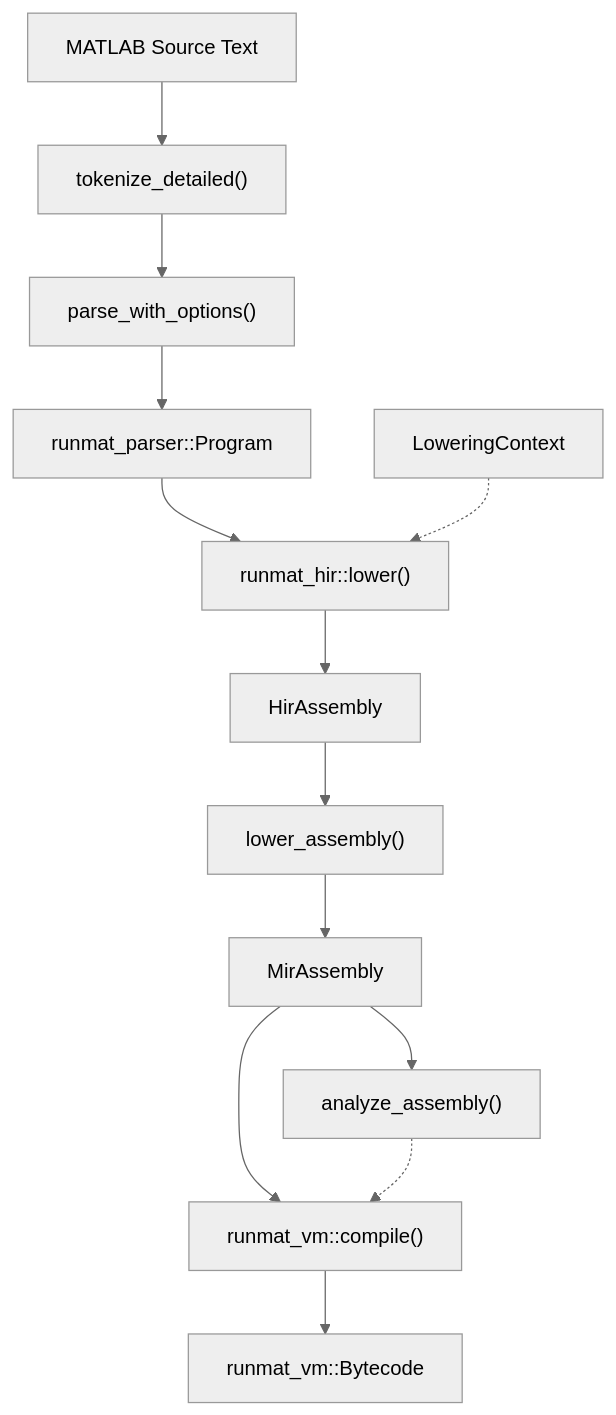
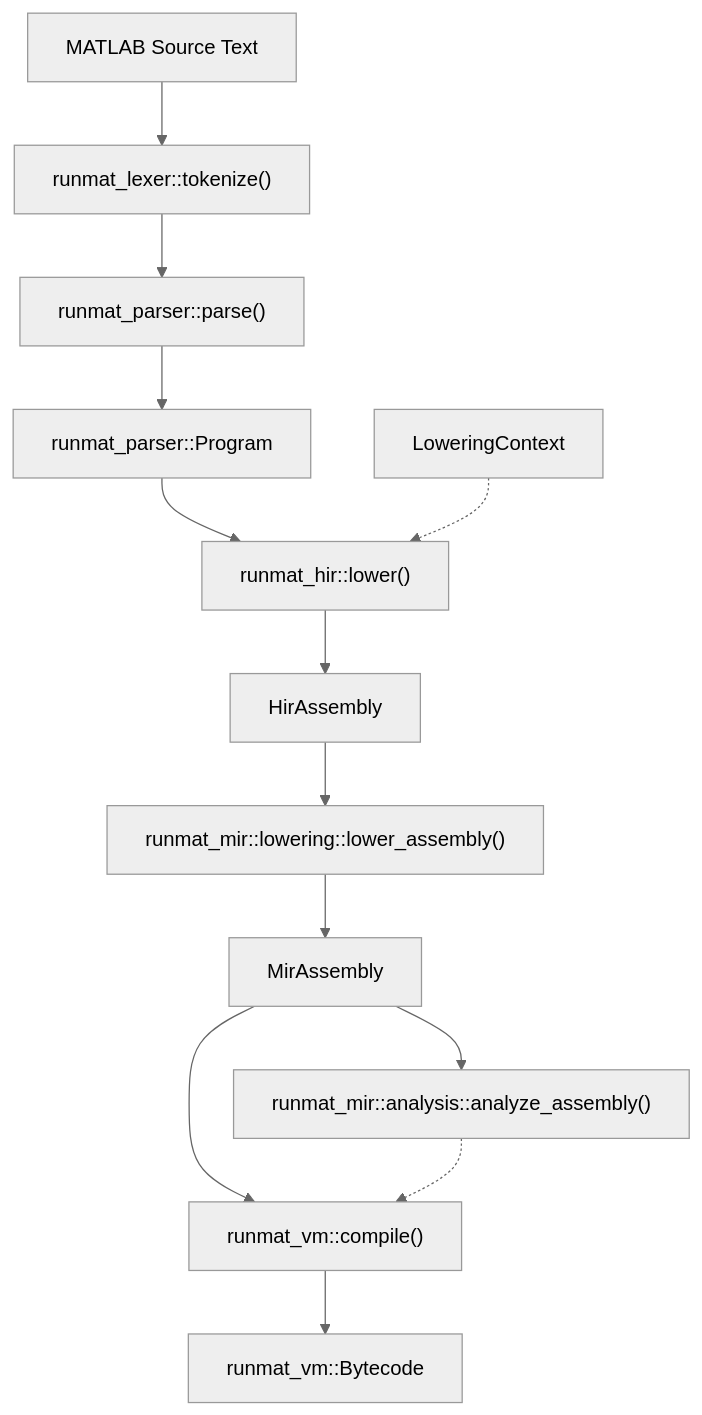
Before and after one commit to runmat-org/runmat: the diagram in docs/compiler/index.md, drawn with Mermaid (neutral theme). The commit also changed 1 other file, not shown here.

Commit message:
tweak docs

````diff
--- a/docs/compiler/index.md
+++ b/docs/compiler/index.md
@@ -26,32 +26,32 @@
 ```mermaid
 flowchart TD
   %% Subgraph: runmat-vm
   %% Subgraph: runmat-mir
   %% Subgraph: runmat-hir
   %% Subgraph: runmat-lexer & runmat-parser
   %% Subgraph: Natural Language / Source Space
   Input["MATLAB Source Text"]
-  Lexer["tokenize_detailed()"]
-  Parser["parse_with_options()"]
+  Lexer["runmat_lexer::tokenize()"]
+  Parser["runmat_parser::parse()"]
   AST["runmat_parser::Program"]
   LoweringCtx["LoweringContext"]
   HIR_Lower["runmat_hir::lower()"]
   Assembly["HirAssembly"]
-  MIR_Lower["lower_assembly()"]
+  MIR_Lower["runmat_mir::lowering::lower_assembly()"]
   MIR_Data["MirAssembly"]
-  Analysis["analyze_assembly()"]
+  Analysis["runmat_mir::analysis::analyze_assembly()"]
   Compiler["runmat_vm::compile()"]
   Bytecode["runmat_vm::Bytecode"]
   Input --> Lexer
   Lexer --> Parser
   Parser --> AST
   AST --> HIR_Lower
   LoweringCtx -.-> HIR_Lower
   HIR_Lower --> Assembly
   Assembly --> MIR_Lower
   MIR_Lower --> MIR_Data
   MIR_Data --> Analysis
   MIR_Data --> Compiler
   Analysis -.-> Compiler
   Compiler --> Bytecode
 ```
````
